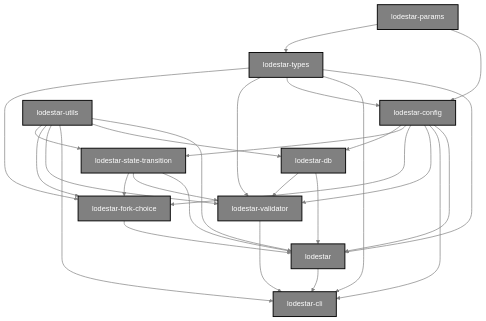
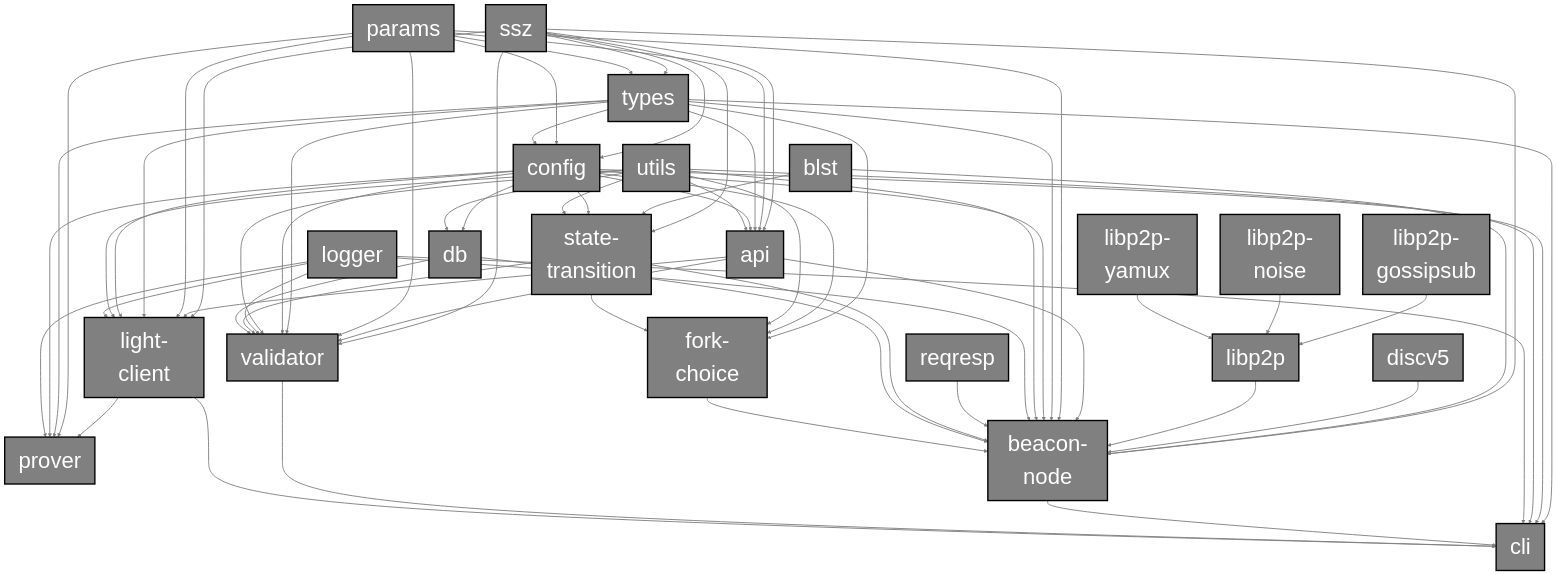
The diagram in docs/pages/contribution/depgraph.md (ChainSafe/lodestar), drawn with Mermaid before and after one commit. The commit also changed other lines of this file, not shown here.

Commit message:
Update diagram

````diff
--- a/docs/pages/contribution/depgraph.md
+++ b/docs/pages/contribution/depgraph.md
@@ -13,62 +13,133 @@
 ```mermaid
 graph TD
-    lodestar["lodestar"]:::nodemodule
-    cli["lodestar-cli"]:::nodemodule
-    config["lodestar-config"]:::nodemodule
-    db["lodestar-db"]:::nodemodule
-    fork-choice["lodestar-fork-choice"]:::nodemodule
-    params["lodestar-params"]:::nodemodule
-    types["lodestar-types"]:::nodemodule
-    utils["lodestar-utils"]:::nodemodule
-    validator["lodestar-validator"]:::nodemodule
-    state-trans["lodestar-state-transition"]:::nodemodule
+    api["api"]:::nodemodule
+    light-client["light-client"]:::nodemodule
+    prover["prover"]:::nodemodule
+    logger["logger"]:::nodemodule
+    reqresp["reqresp"]:::nodemodule
+    beacon-node["beacon-node"]:::nodemodule
+    cli["cli"]:::nodemodule
+    config["config"]:::nodemodule
+    db["db"]:::nodemodule
+    fork-choice["fork-choice"]:::nodemodule
+    params["params"]:::nodemodule
+    types["types"]:::nodemodule
+    utils["utils"]:::nodemodule
+    validator["validator"]:::nodemodule
+    state-transition["state-transition"]:::nodemodule
+    ssz["ssz"]:::nodemodule
+    blst["blst"]:::nodemodule
+    discv5["discv5"]:::nodemodule
+    libp2p["libp2p"]:::nodemodule
+    libp2p-gossipsub["libp2p-gossipsub"]:::nodemodule
+    libp2p-noise["libp2p-noise"]:::nodemodule
+    libp2p-yamux["libp2p-yamux"]:::nodemodule
 
+    ssz-->api
+    ssz-->config
+    ssz-->types
+    ssz-->beacon-node
+    ssz-->validator
+    ssz-->light-client
+    ssz-->state-transition
+
+    blst-->beacon-node
+    blst-->state-transition
+
+    discv5-->beacon-node
+
+    libp2p-->beacon-node
+
+    libp2p-gossipsub-->libp2p
+    libp2p-noise-->libp2p
+    libp2p-yamux-->libp2p
+
+    api-->beacon-node
+    api-->validator
+    api-->light-client
+
+    light-client-->prover
+
+    params-->api
     params-->config
     params-->types
+    params-->beacon-node
+    params-->validator
+    params-->light-client
+    params-->prover
 
-    types-->lodestar
+    types-->api
+    types-->beacon-node
     types-->cli
     types-->config
     types-->validator
     types-->fork-choice
+    types-->light-client
+    types-->prover
 
-    config-->lodestar
+    config-->api
+    config-->beacon-node
     config-->cli
     config-->validator
     config-->fork-choice
-    config-->state-trans
+    config-->state-transition
     config-->db
+    config-->light-client
+    config-->prover
 
-    utils-->lodestar
+    utils-->api
+    utils-->beacon-node
     utils-->db
     utils-->cli
     utils-->validator
     utils-->fork-choice
-    utils-->state-trans
+    utils-->state-transition
+    utils-->light-client
 
-    state-trans-->lodestar
-    state-trans-->validator
-    state-trans-->fork-choice
+    logger-->beacon-node
+    logger-->validator
+    logger-->light-client
+    logger-->prover
+    logger-->cli
 
-    db-->lodestar
+    reqresp-->beacon-node
+
+    state-transition-->beacon-node
+    state-transition-->validator
+    state-transition-->fork-choice
+
+    db-->beacon-node
     db-->validator
 
-    fork-choice-->lodestar
+    fork-choice-->beacon-node
 
-    lodestar-->cli
+    beacon-node-->cli
     validator-->cli
+    light-client-->cli
 
+    click api "https://github.com/ChainSafe/lodestar/tree/unstable/packages/api"
+    click light-client "https://github.com/ChainSafe/lodestar/tree/unstable/packages/light-client"
+    click prover "https://github.com/ChainSafe/lodestar/tree/unstable/packages/prover"
+    click logger "https://github.com/ChainSafe/lodestar/tree/unstable/packages/logger"
+    click reqresp "https://github.com/ChainSafe/lodestar/tree/unstable/packages/reqresp"
     click cli "https://github.com/ChainSafe/lodestar/tree/unstable/packages/cli"
-    click lodestar "https://github.com/ChainSafe/lodestar/tree/unstable/packages/beacon-node"
+    click beacon-node "https://github.com/ChainSafe/lodestar/tree/unstable/packages/beacon-node"
     click validator "https://github.com/ChainSafe/lodestar/tree/unstable/packages/validator"
     click db "https://github.com/ChainSafe/lodestar/tree/unstable/packages/db"
     click params "https://github.com/ChainSafe/lodestar/tree/unstable/packages/params"
-    click state-trans "https://github.com/ChainSafe/lodestar/tree/unstable/packages/state-transition"
+    click state-transition "https://github.com/ChainSafe/lodestar/tree/unstable/packages/state-transition"
     click fork-choice "https://github.com/ChainSafe/lodestar/tree/unstable/packages/fork-choice"
     click types "https://github.com/ChainSafe/lodestar/tree/unstable/packages/types"
     click utils "https://github.com/ChainSafe/lodestar/tree/unstable/packages/utils"
     click config "https://github.com/ChainSafe/lodestar/tree/unstable/packages/config"
+    click ssz "https://github.com/ChainSafe/ssz"
+    click blst "https://github.com/ChainSafe/blst-ts"
+    click discv5 "https://github.com/ChainSafe/discv5"
+    click libp2p "https://github.com/libp2p/js-libp2p"
+    click libp2p-gossipsub "https://github.com/ChainSafe/js-libp2p-gossipsub"
+    click libp2p-noise "https://github.com/ChainSafe/js-libp2p-noise"
+    click libp2p-yamux "https://github.com/ChainSafe/js-libp2p-yamux"
 
-    classDef nodemodule fill:grey,stroke-width:2px,stroke:black,color:white;
-    linkStyle default stroke:grey, fill:none,stroke-width:1.5px;
+    classDef nodemodule fill:grey,stroke-width:3px,font-size:48px,stroke:black,color:white;
+    linkStyle default stroke:grey,fill:none,stroke-width:2px;
 ```
````
